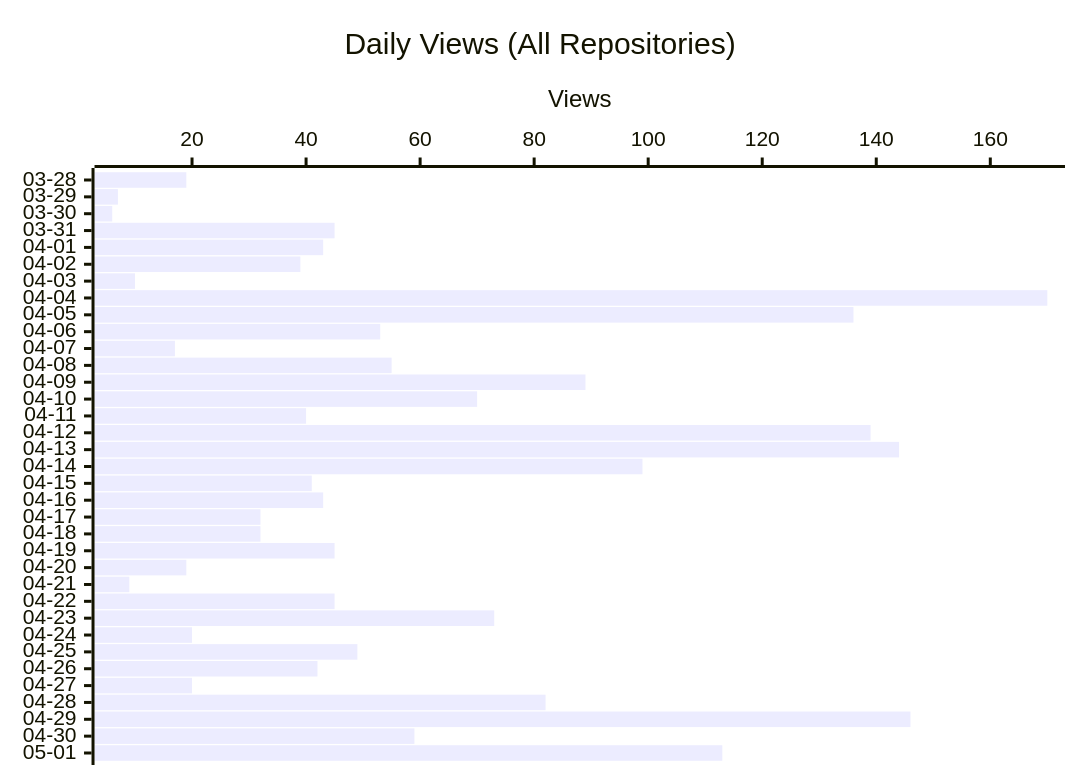
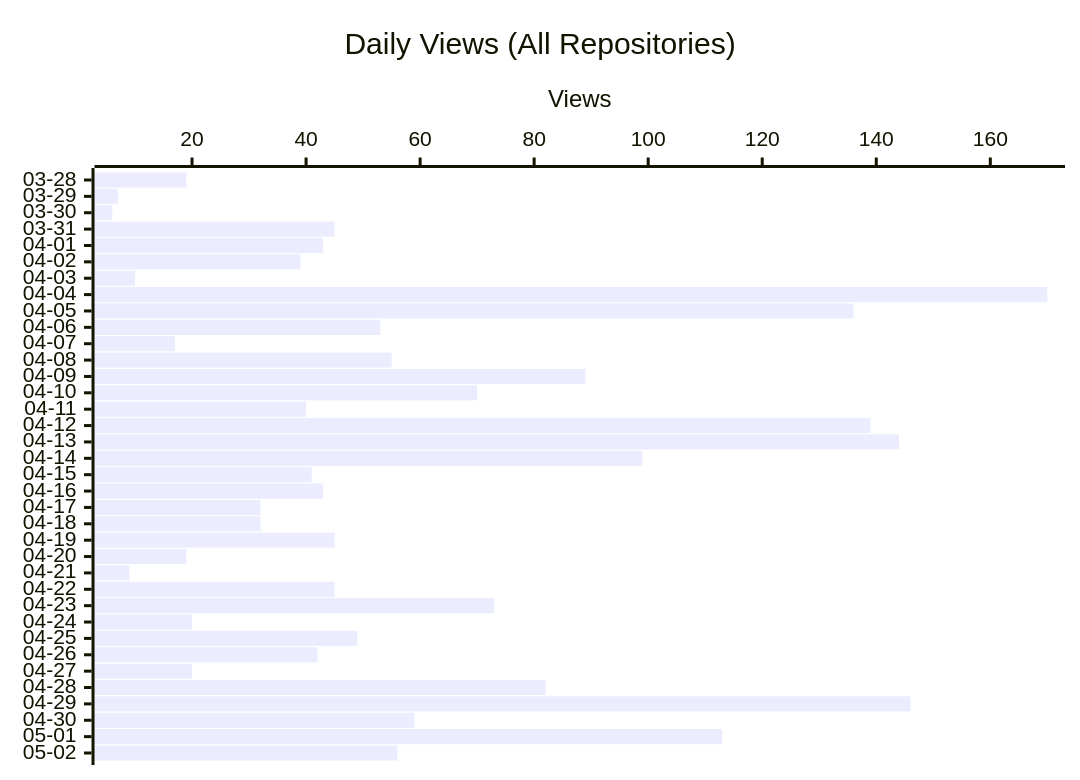
The second of 3 diagrams in README.md (shigechika/github-insights), drawn with Mermaid before and after one commit. The commit also changed other lines of this file and 2 other files, not shown here.

````diff
--- a/README.md
+++ b/README.md
@@ -28,7 +28,7 @@
 ```mermaid
 xychart-beta horizontal
     title "Daily Views (All Repositories)"
-    x-axis ["03-28", "03-29", "03-30", "03-31", "04-01", "04-02", "04-03", "04-04", "04-05", "04-06", "04-07", "04-08", "04-09", "04-10", "04-11", "04-12", "04-13", "04-14", "04-15", "04-16", "04-17", "04-18", "04-19", "04-20", "04-21", "04-22", "04-23", "04-24", "04-25", "04-26", "04-27", "04-28", "04-29", "04-30", "05-01"]
+    x-axis ["03-28", "03-29", "03-30", "03-31", "04-01", "04-02", "04-03", "04-04", "04-05", "04-06", "04-07", "04-08", "04-09", "04-10", "04-11", "04-12", "04-13", "04-14", "04-15", "04-16", "04-17", "04-18", "04-19", "04-20", "04-21", "04-22", "04-23", "04-24", "04-25", "04-26", "04-27", "04-28", "04-29", "04-30", "05-01", "05-02"]
     y-axis "Views"
-    bar [19, 7, 6, 45, 43, 39, 10, 170, 136, 53, 17, 55, 89, 70, 40, 139, 144, 99, 41, 43, 32, 32, 45, 19, 9, 45, 73, 20, 49, 42, 20, 82, 146, 59, 113]
+    bar [19, 7, 6, 45, 43, 39, 10, 170, 136, 53, 17, 55, 89, 70, 40, 139, 144, 99, 41, 43, 32, 32, 45, 19, 9, 45, 73, 20, 49, 42, 20, 82, 146, 59, 113, 56]
 ```
````
